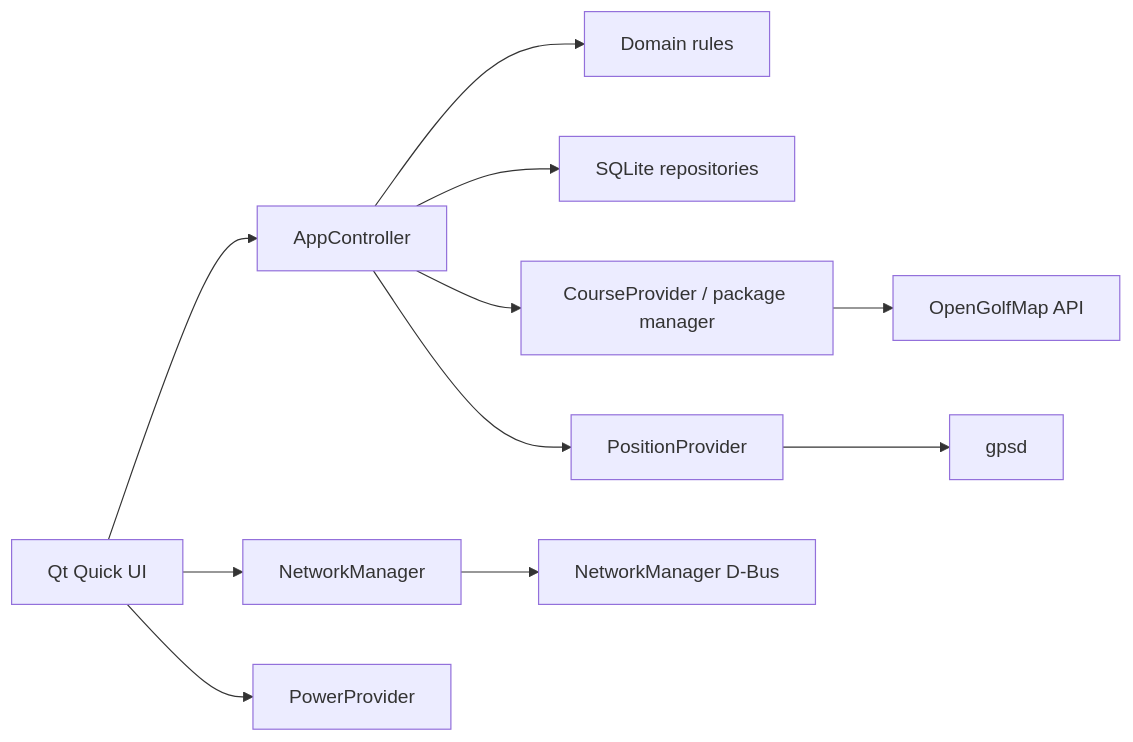
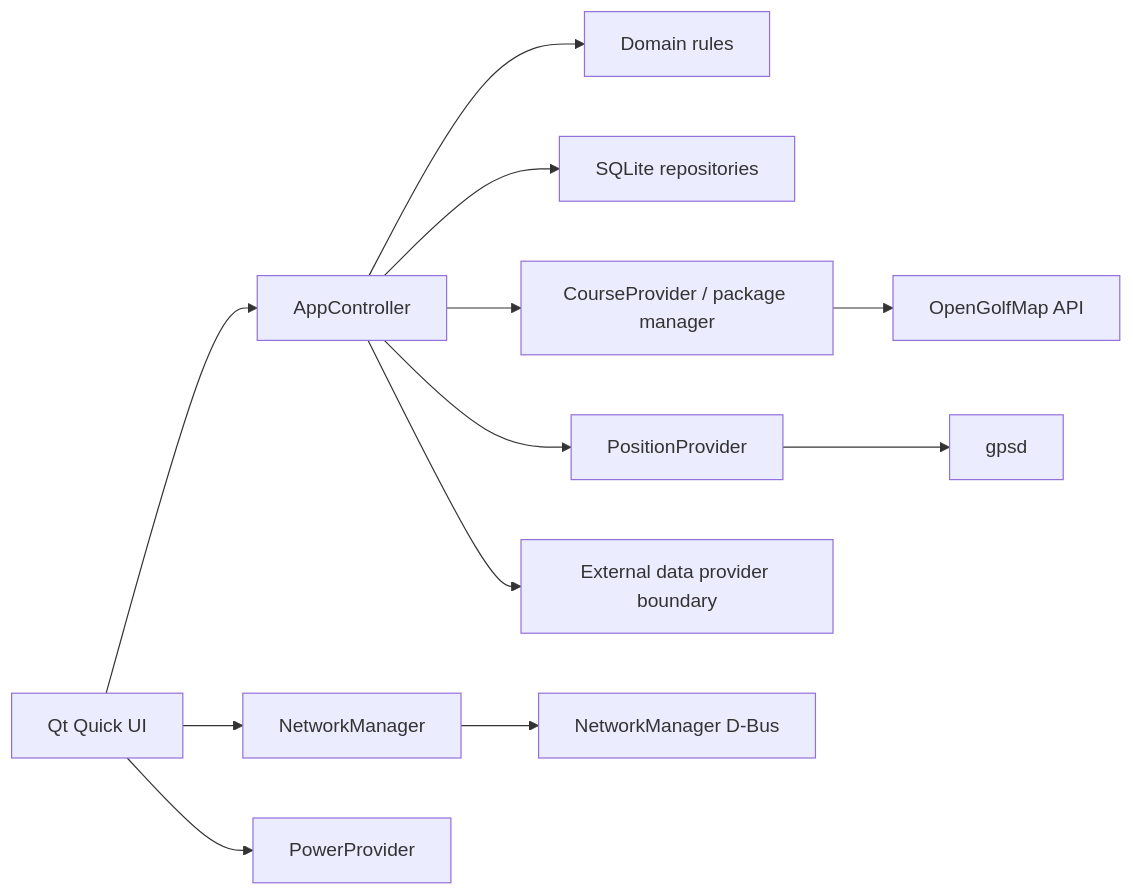
One commit to magnus188/OpenCaddie changed the diagram in docs/architecture.md. Above: the diagram before and after it, drawn with Mermaid. The commit also changed other lines of this file and 126 other files, not shown here.

Commit message:
Improve application architecture and user experience

````diff
--- a/docs/architecture.md
+++ b/docs/architecture.md
@@ -7,13 +7,14 @@
 ```mermaid
 flowchart LR
   QML["Qt Quick UI"] --> Controller["AppController"]
   Controller --> Domain["Domain rules"]
   Controller --> Storage["SQLite repositories"]
   Controller --> Courses["CourseProvider / package manager"]
   Controller --> Position["PositionProvider"]
+  Controller --> Integrations["External data provider boundary"]
   QML --> Network["NetworkManager"]
   QML --> Power["PowerProvider"]
   Courses --> OGM["OpenGolfMap API"]
   Position --> GPSD["gpsd"]
   Network --> NM["NetworkManager D-Bus"]
 ```
````
